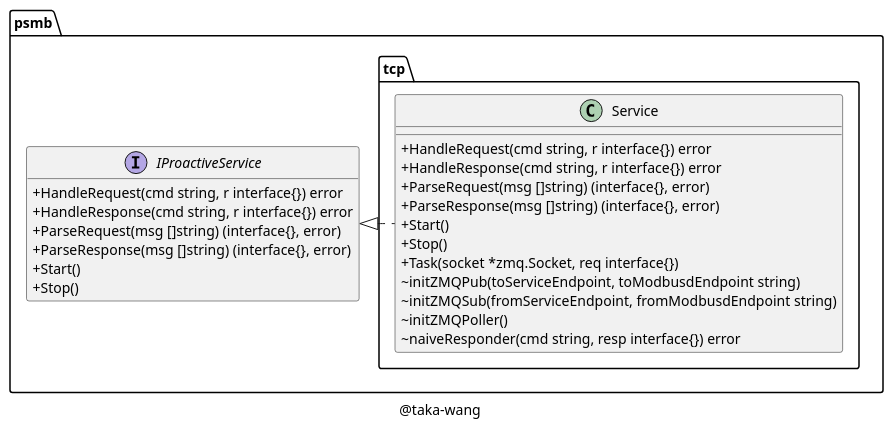
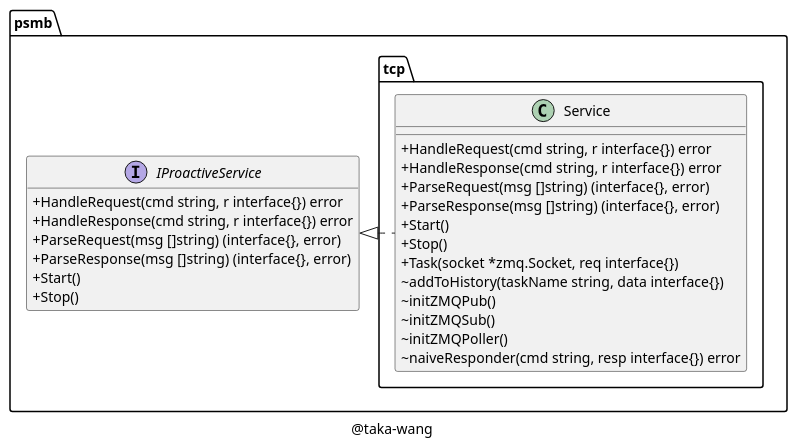
Before and after one commit to taka-wang/puml: the diagram in class/mbtcp.puml, drawn with PlantUML. The commit also changed 1 other file, not shown here.

Commit message:
update uml

```diff
--- a/class/mbtcp.puml
+++ b/class/mbtcp.puml
@@ -1,36 +1,37 @@
 @startuml
 
 set namespaceSeparator /
 
 skinparam classAttributeIconSize 0
 
 class psmb/tcp/Service {
     +HandleRequest(cmd string, r interface{}) error
     +HandleResponse(cmd string, r interface{}) error
     +ParseRequest(msg []string) (interface{}, error)
     +ParseResponse(msg []string) (interface{}, error)
     +Start()
     +Stop()
     +Task(socket *zmq.Socket, req interface{})
-    ~initZMQPub(toServiceEndpoint, toModbusdEndpoint string)
-    ~initZMQSub(fromServiceEndpoint, fromModbusdEndpoint string)
+    ~addToHistory(taskName string, data interface{})
+    ~initZMQPub()
+    ~initZMQSub()
     ~initZMQPoller()
     ~naiveResponder(cmd string, resp interface{}) error
 }
 
 interface psmb/IProactiveService {
     +HandleRequest(cmd string, r interface{}) error
     +HandleResponse(cmd string, r interface{}) error
     +ParseRequest(msg []string) (interface{}, error)
     +ParseResponse(msg []string) (interface{}, error)
     +Start()
     +Stop()
 }
 
 "psmb/IProactiveService" <|. "psmb/tcp/Service"
 
 caption @taka-wang
 
 hide interface fields
 
 @enduml
```
